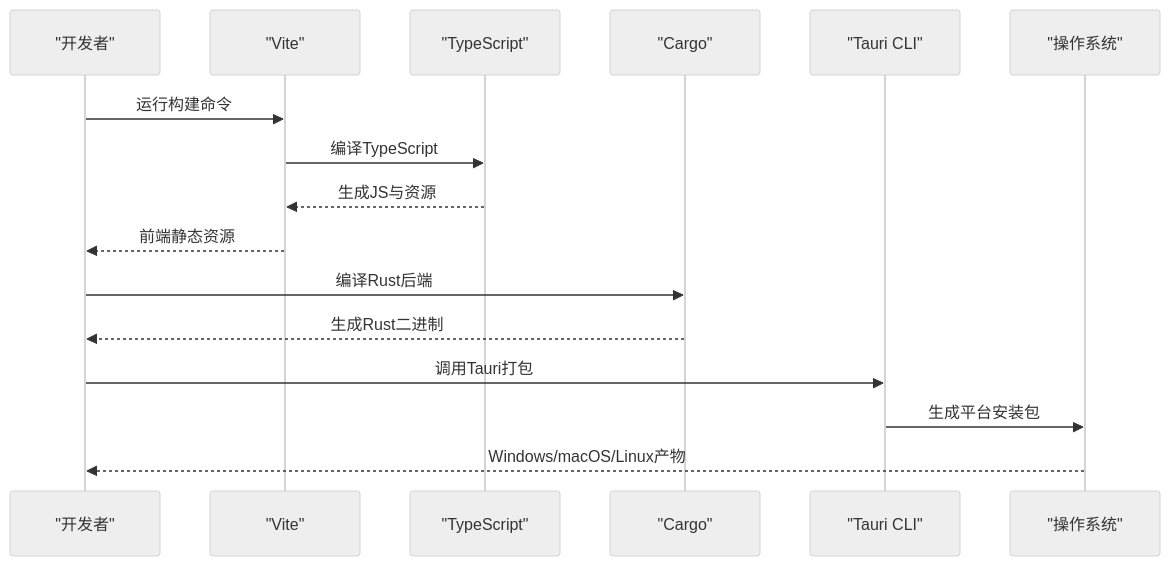
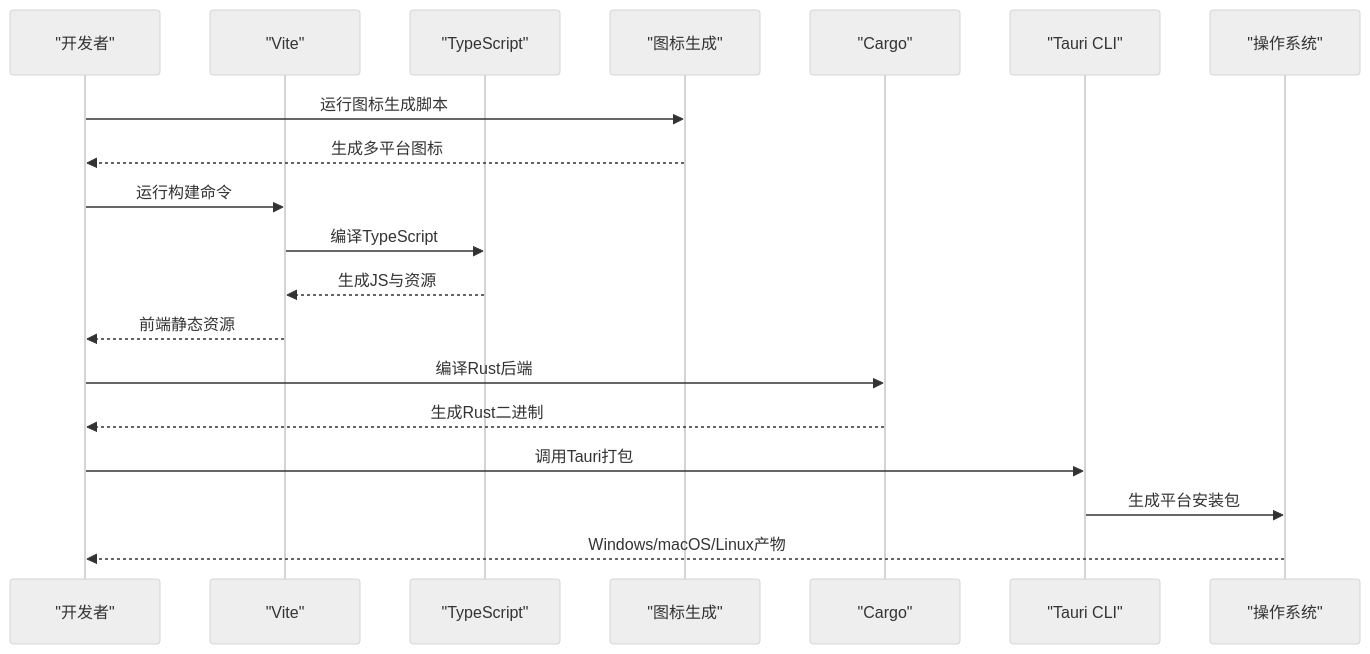
One commit to Wumiu/Petra changed the second of 9 diagrams in .qoder/repowiki/zh/content/构建与部署/构建与部署.md. Above: the diagram before and after it, drawn with Mermaid (neutral theme). The commit also changed other lines of this file and 58 other files, not shown here.

Commit message:
chore: 更新应用图标

````diff
--- a/.qoder/repowiki/zh/content/构建与部署/构建与部署.md
+++ b/.qoder/repowiki/zh/content/构建与部署/构建与部署.md
@@ -91,18 +105,21 @@
 ```mermaid
 sequenceDiagram
 participant Dev as "开发者"
 participant Vite as "Vite"
 participant TS as "TypeScript"
+participant Icons as "图标生成"
 participant Cargo as "Cargo"
 participant Tauri as "Tauri CLI"
 participant OS as "操作系统"
+Dev->>Icons : 运行图标生成脚本
+Icons-->>Dev : 生成多平台图标
 Dev->>Vite : 运行构建命令
 Vite->>TS : 编译TypeScript
 TS-->>Vite : 生成JS与资源
 Vite-->>Dev : 前端静态资源
 Dev->>Cargo : 编译Rust后端
 Cargo-->>Dev : 生成Rust二进制
 Dev->>Tauri : 调用Tauri打包
 Tauri->>OS : 生成平台安装包
 OS-->>Dev : Windows/macOS/Linux产物
 ```
````
